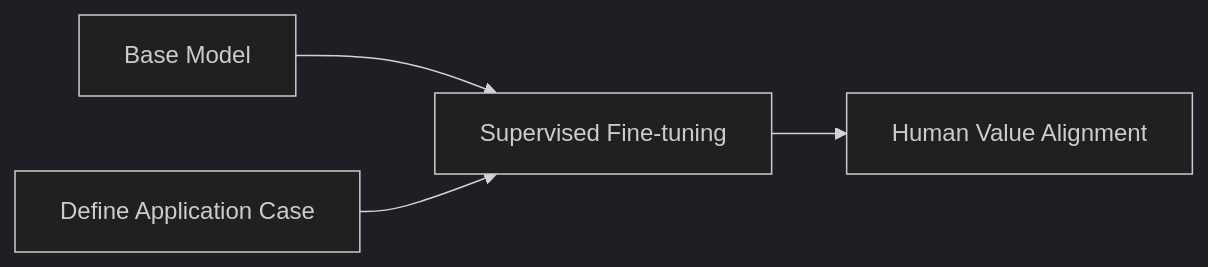
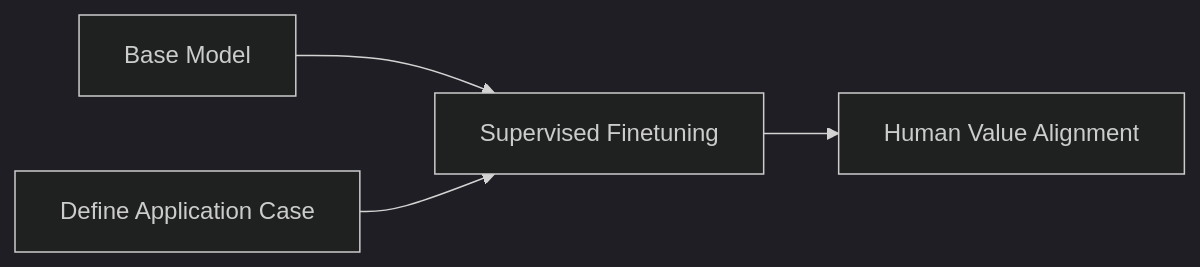
One commit to JieGroup/GenAI changed the second of 2 diagrams in docs/source/alignment/index.md. Above: the diagram before and after it, drawn with Mermaid (dark theme). The commit also changed other lines of this file and 2 other files, not shown here.

````diff
--- a/docs/source/alignment/index.md
+++ b/docs/source/alignment/index.md
@@ -14,6 +14,6 @@
 ```{mermaid}
 graph LR
-    BaseModel[Base Model] --> FineTuning[Supervised Fine-tuning]
-	UseCase[Define Application Case] --> FineTuning[Supervised Fine-tuning]
+    BaseModel[Base Model] --> FineTuning[Supervised Finetuning]
+	UseCase[Define Application Case] --> FineTuning[Supervised Finetuning]
     FineTuning --> RLHF[Human Value Alignment]
 ```
````
